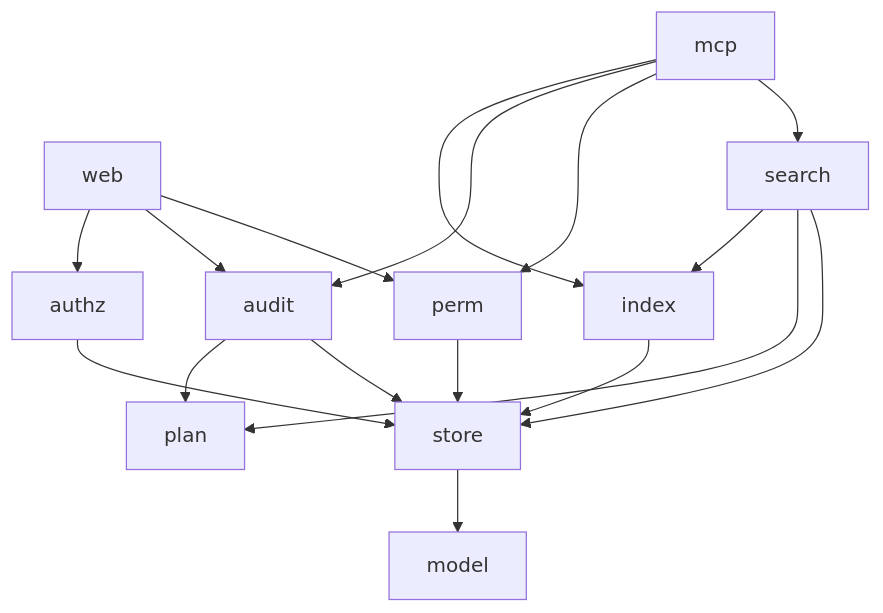
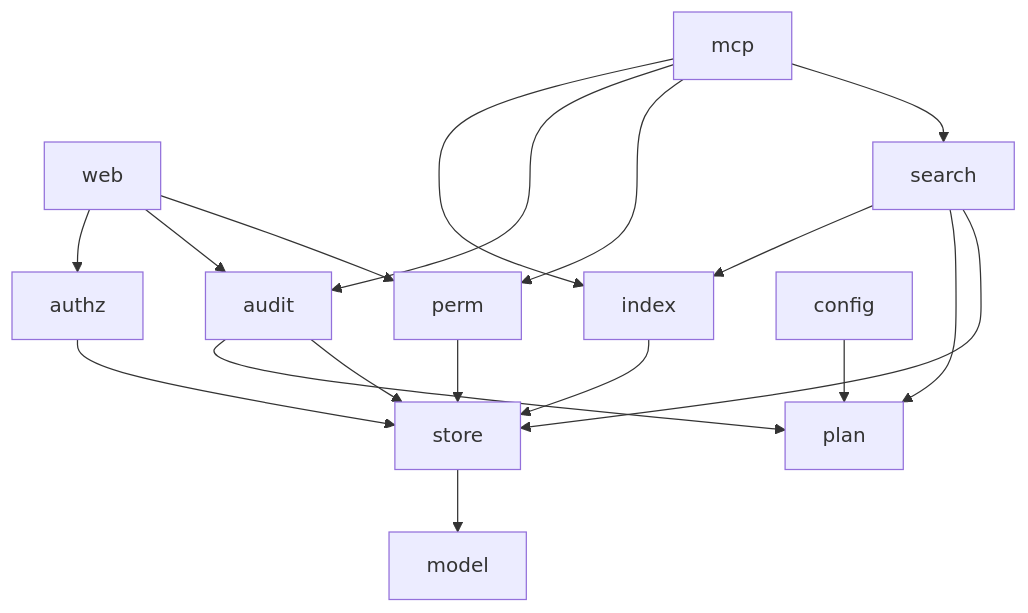
The third of 9 diagrams in spec/service/agent-context/SDD.md (Alpha-gone/agent-context-sharing), drawn with Mermaid before and after one commit. The commit also changed other lines of this file and 7 other files, not shown here.

````diff
--- a/spec/service/agent-context/SDD.md
+++ b/spec/service/agent-context/SDD.md
@@ -242,30 +242,32 @@
 ```mermaid
 flowchart TB
     Mcp[mcp]
     Web[web]
     Search[search]
     Perm[perm]
     Audit[audit]
     Authz[authz]
     Index[index]
     Store[store]
     Plan[plan]
     Model[model]
+    Config[config]
 
     Mcp --> Search
     Mcp --> Perm
     Mcp --> Audit
     Mcp --> Index
     Web --> Perm
     Web --> Audit
     Web --> Authz
     Search --> Store
     Search --> Plan
     Search --> Index
     Perm --> Store
     Audit --> Store
     Audit --> Plan
     Index --> Store
     Authz --> Store
+    Config --> Plan
     Store --> Model
 ```
````
